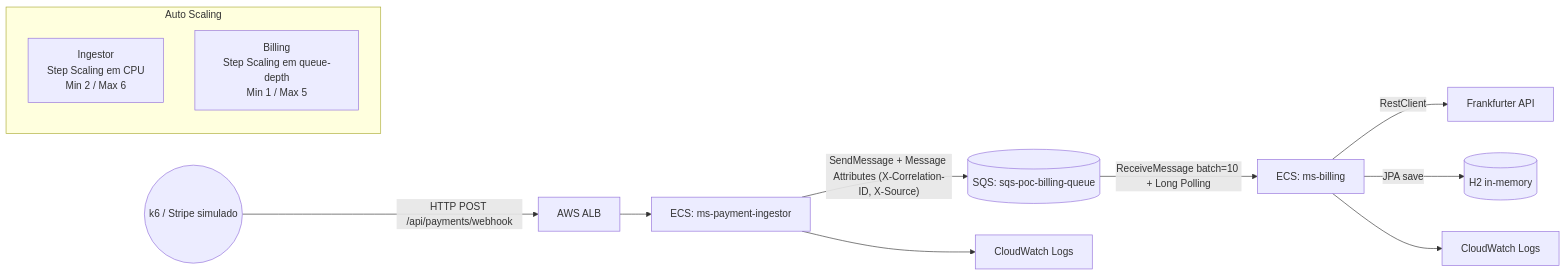
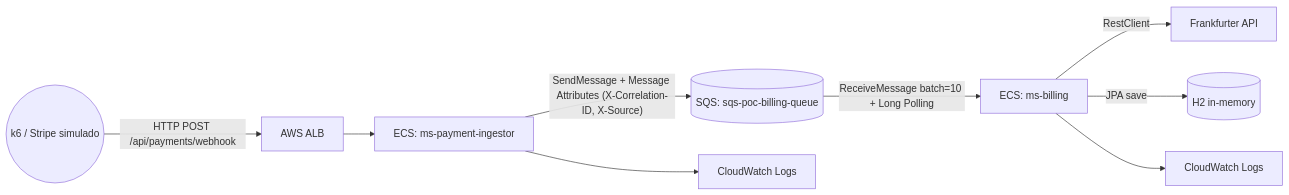
The first of 2 diagrams in README.md (devsuperior/desacoplando-com-mensageria-aws-sqs), drawn with Mermaid before and after one commit. The commit also changed other lines of this file and 2 other files, not shown here.

````diff
--- a/README.md
+++ b/README.md
@@ -20,16 +23,11 @@
 ```mermaid
 graph LR
     User((k6 / Stripe simulado)) -- "HTTP POST /api/payments/webhook" --> ALB[AWS ALB]
     ALB --> Ingestor[ECS: ms-payment-ingestor]
     Ingestor -- "SendMessage + Message Attributes (X-Correlation-ID, X-Source)" --> SQS[(SQS: sqs-poc-billing-queue)]
     SQS -- "ReceiveMessage batch=10 + Long Polling" --> Billing[ECS: ms-billing]
     Billing -- "RestClient" --> FX[Frankfurter API]
     Billing -- "JPA save" --> H2[(H2 in-memory)]
     Ingestor --> Logs1[CloudWatch Logs]
     Billing --> Logs2[CloudWatch Logs]
-    subgraph "Auto Scaling"
-        direction TB
-        A1[Ingestor<br/>Step Scaling em CPU<br/>Min 2 / Max 6]
-        A2[Billing<br/>Step Scaling em queue-depth<br/>Min 1 / Max 5]
-    end
 ```
````
